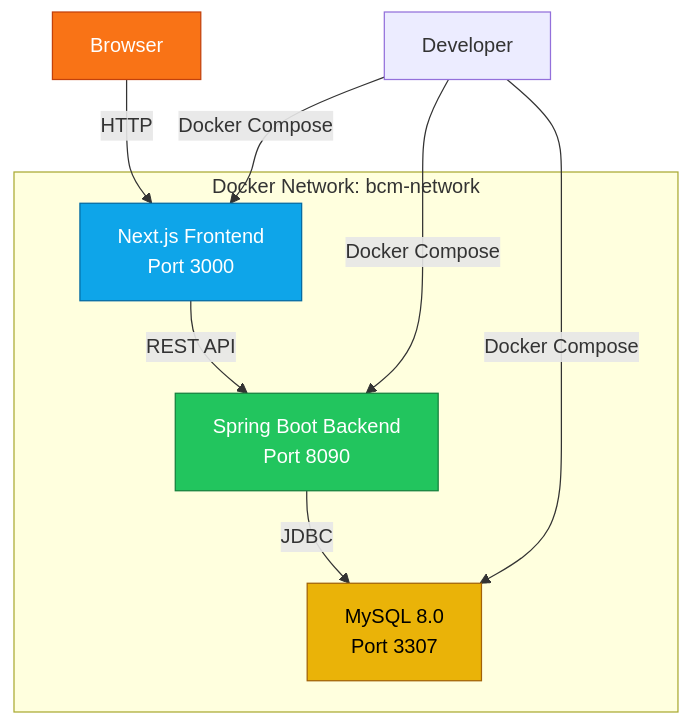
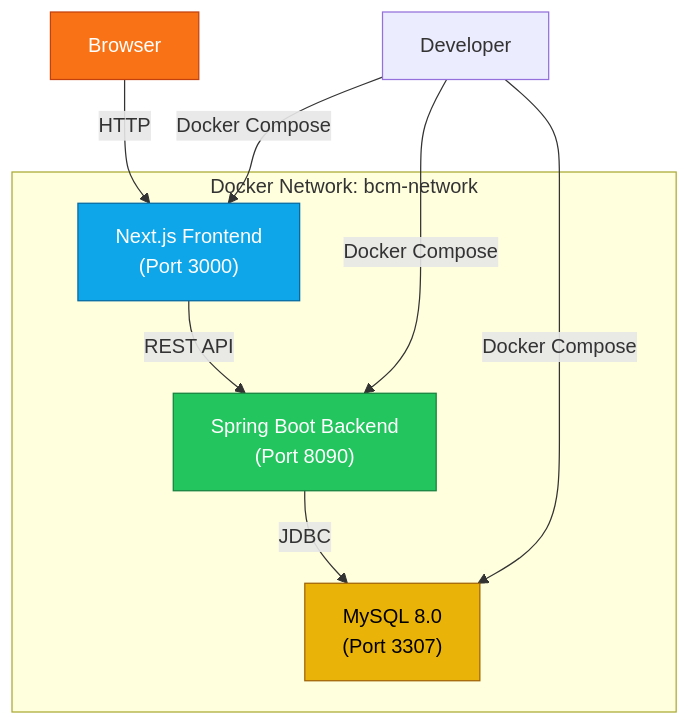
One commit to DonatoCorbacioDev/bcm-v2-docker changed the diagram in README.md. Above: the diagram before and after it, drawn with Mermaid.

Commit message:
docs: edit file README

````diff
--- a/README.md
+++ b/README.md
@@ -28,16 +28,16 @@
 ```mermaid
 graph TB
-    subgraph "Docker Network: bcm-network"
-        A[Next.js Frontend<br/>Port 3000] -->|REST API| B[Spring Boot Backend<br/>Port 8090]
-        B -->|JDBC| C[MySQL 8.0<br/>Port 3307]
+    subgraph DockerNet["Docker Network: bcm-network"]
+        A["Next.js Frontend<br>(Port 3000)"] -->|REST API| B["Spring Boot Backend<br>(Port 8090)"]
+        B -->|JDBC| C["MySQL 8.0<br>(Port 3307)"]
     end
     D[Browser] -->|HTTP| A
     E[Developer] -->|Docker Compose| A
     E -->|Docker Compose| B
     E -->|Docker Compose| C
     
     style A fill:#0ea5e9,stroke:#0369a1,color:#fff
     style B fill:#22c55e,stroke:#15803d,color:#fff
     style C fill:#eab308,stroke:#a16207,color:#000
     style D fill:#f97316,stroke:#c2410c,color:#fff
 ```
````
